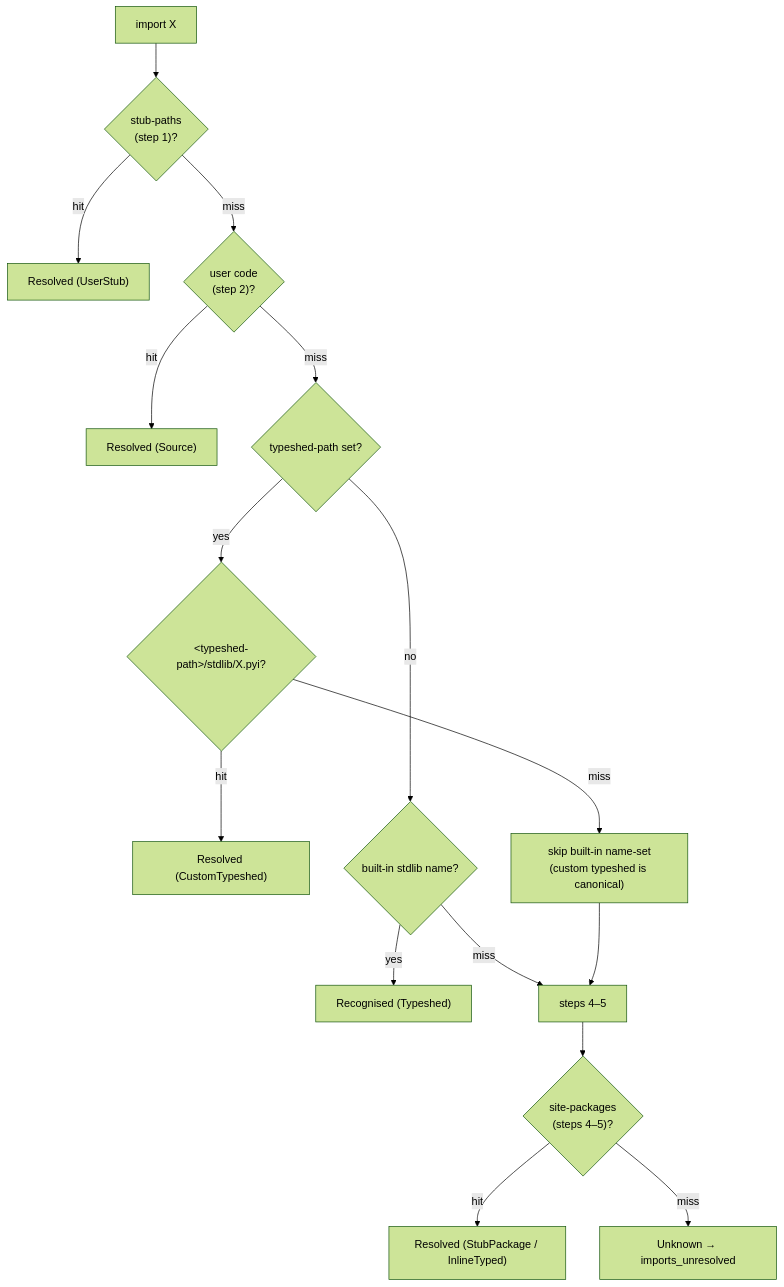
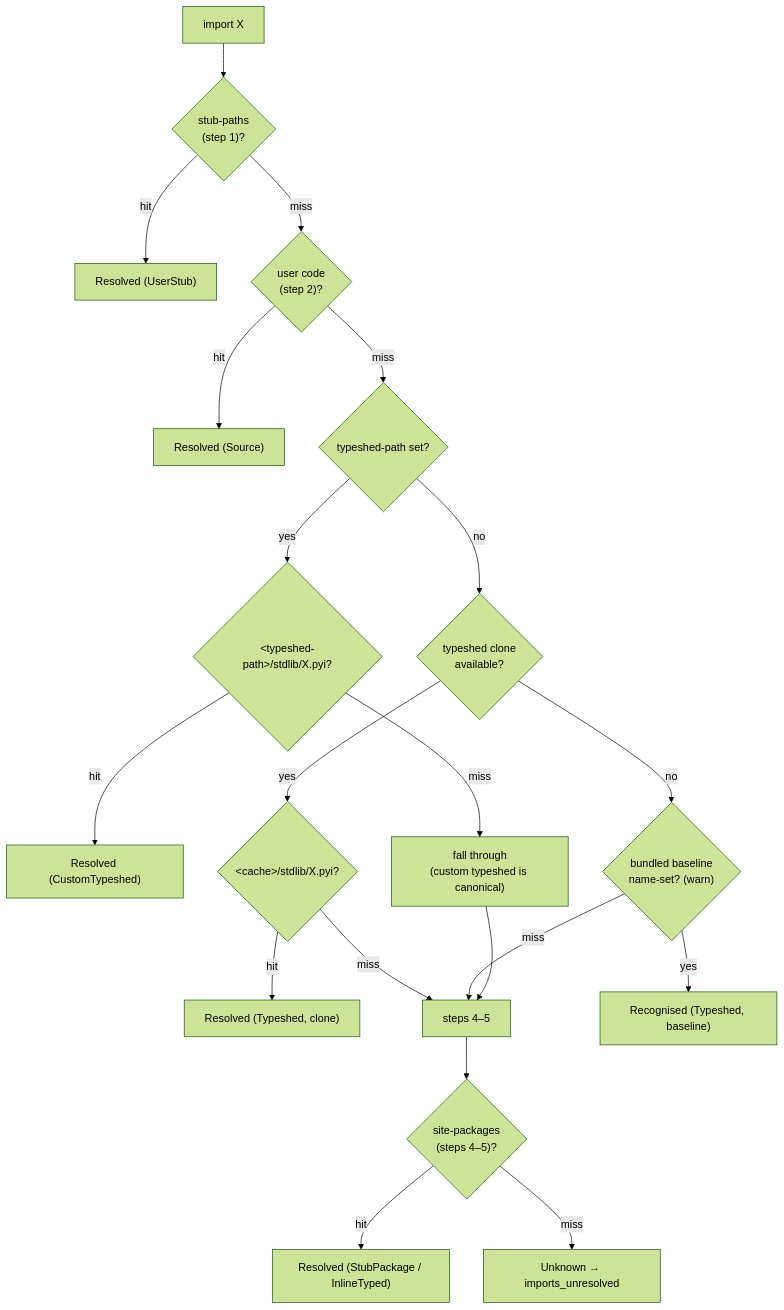
The diagram in docs/specs/CHECKER-STUB-RESOLUTION-SPEC.md (Nimblesite/Basilisk), drawn with Mermaid (forest theme) before and after one commit. The commit also changed other lines of this file and 19 other files, not shown here.

````diff
--- a/docs/specs/CHECKER-STUB-RESOLUTION-SPEC.md
+++ b/docs/specs/CHECKER-STUB-RESOLUTION-SPEC.md
@@ -124,18 +134,22 @@
 ```mermaid
 flowchart TB
     A["import X"] --> B{"stub-paths<br/>(step 1)?"}
     B -- hit --> Z["Resolved (UserStub)"]
     B -- miss --> C{"user code<br/>(step 2)?"}
     C -- hit --> Z2["Resolved (Source)"]
     C -- miss --> D{"typeshed-path set?"}
     D -- yes --> E{"&lt;typeshed-path&gt;/stdlib/X.pyi?"}
     E -- hit --> Z3["Resolved (CustomTypeshed)"]
-    E -- miss --> G["skip built-in name-set<br/>(custom typeshed is canonical)"]
-    D -- no --> F{"built-in stdlib name?"}
-    F -- yes --> Z4["Recognised (Typeshed)"]
-    F -- miss --> G2["steps 4–5"]
+    E -- miss --> G["fall through<br/>(custom typeshed is canonical)"]
+    D -- no --> CL{"typeshed clone<br/>available?"}
+    CL -- yes --> EY{"&lt;cache&gt;/stdlib/X.pyi?"}
+    EY -- hit --> Z4["Resolved (Typeshed, clone)"]
+    EY -- miss --> G2["steps 4–5"]
+    CL -- no --> BB{"bundled baseline<br/>name-set? (warn)"}
+    BB -- yes --> Z4b["Recognised (Typeshed, baseline)"]
+    BB -- miss --> G2
     G --> G2
     G2 --> H{"site-packages<br/>(steps 4–5)?"}
     H -- hit --> Z5["Resolved (StubPackage / InlineTyped)"]
     H -- miss --> U["Unknown → imports_unresolved"]
 ```
````
